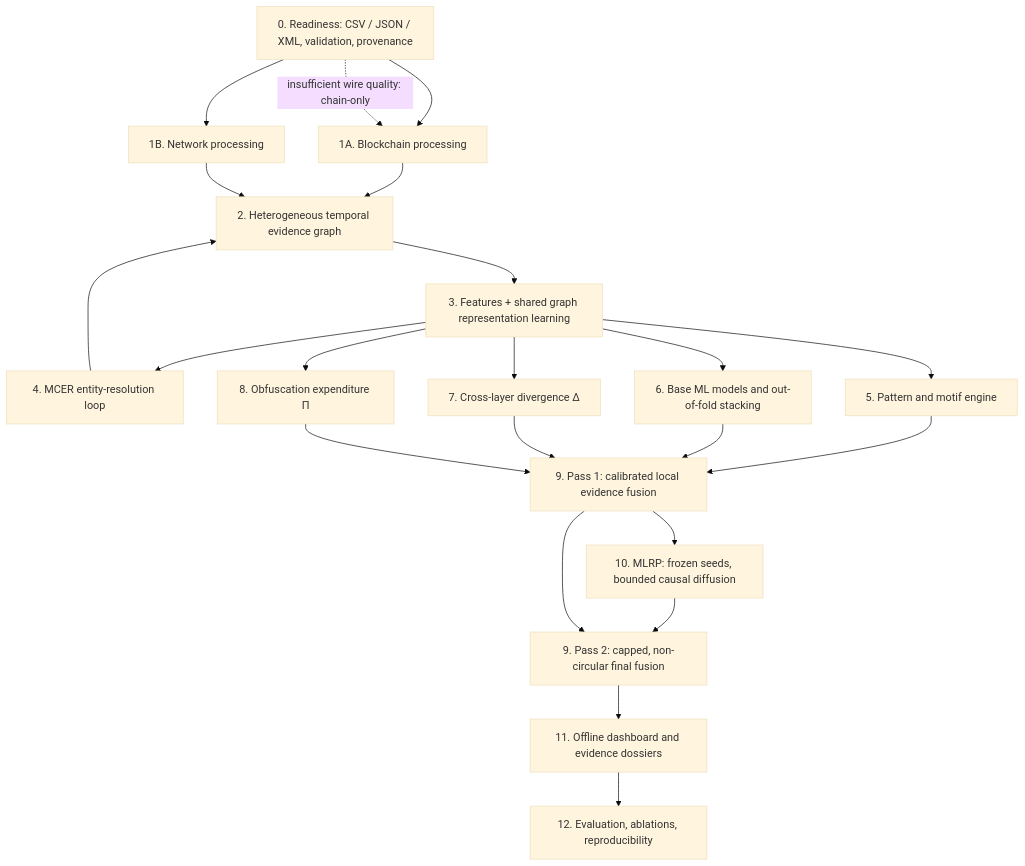
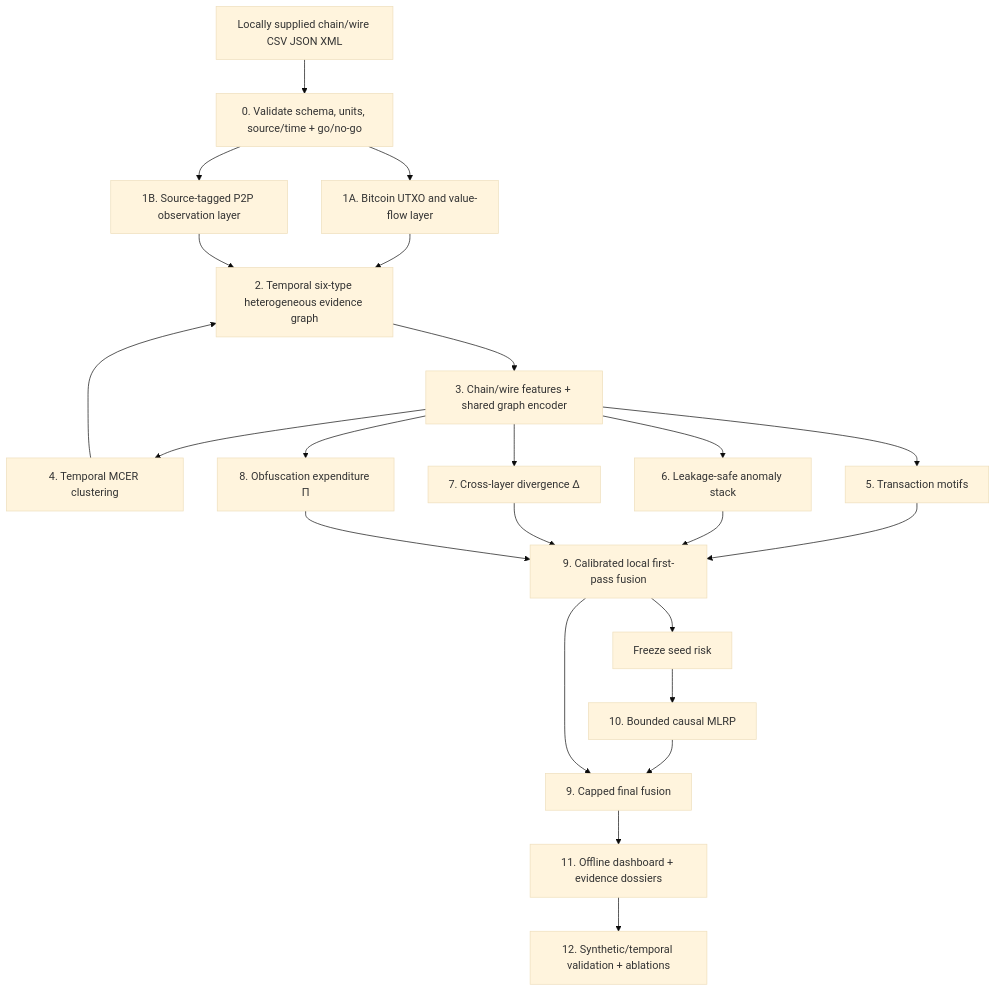
Before and after one commit to nsathvik2007-ui/CLARION: the first of 2 diagrams in README.md, drawn with Mermaid (base theme). The commit also changed other lines of this file and 280 other files, not shown here.

First line of the commit message:
docs: finalize CLARION v4 production architecture and folder blueprint

```diff
--- a/README.md
+++ b/README.md
@@ -58,24 +28,25 @@
 ~~~mermaid
 flowchart TD
-    A["0. Readiness: CSV / JSON / XML, validation, provenance"] --> B["1A. Blockchain processing"]
-    A --> C["1B. Network processing"]
-    B --> G["2. Heterogeneous temporal evidence graph"]
-    C --> G
-    G --> F["3. Features + shared graph representation learning"]
-    F --> E["4. MCER entity-resolution loop"]
-    E --> G
-    F --> M["5. Pattern and motif engine"]
-    F --> S["6. Base ML models and out-of-fold stacking"]
-    F --> D["7. Cross-layer divergence Δ"]
-    F --> P["8. Obfuscation expenditure Π"]
-    M --> U["9. Pass 1: calibrated local evidence fusion"]
-    S --> U
-    D --> U
-    P --> U
-    U --> R["10. MLRP: frozen seeds, bounded causal diffusion"]
-    R --> V["9. Pass 2: capped, non-circular final fusion"]
-    U --> V
-    V --> I["11. Offline dashboard and evidence dossiers"]
-    I --> T["12. Evaluation, ablations, reproducibility"]
-    A -. "insufficient wire quality: chain-only" .-> B
+  A["Locally supplied chain/wire CSV JSON XML"] --> B["0. Validate schema, units, source/time + go/no-go"]
+  B --> C["1A. Bitcoin UTXO and value-flow layer"]
+  B --> D["1B. Source-tagged P2P observation layer"]
+  C --> E["2. Temporal six-type heterogeneous evidence graph"]
+  D --> E
+  E --> F["3. Chain/wire features + shared graph encoder"]
+  F --> G["4. Temporal MCER clustering"]
+  G --> E
+  F --> H["5. Transaction motifs"]
+  F --> I["6. Leakage-safe anomaly stack"]
+  F --> J["7. Cross-layer divergence Δ"]
+  F --> K["8. Obfuscation expenditure Π"]
+  H --> L["9. Calibrated local first-pass fusion"]
+  I --> L
+  J --> L
+  K --> L
+  L --> M["Freeze seed risk"]
+  M --> N["10. Bounded causal MLRP"]
+  N --> O["9. Capped final fusion"]
+  L --> O
+  O --> P["11. Offline dashboard + evidence dossiers"]
+  P --> Q["12. Synthetic/temporal validation + ablations"]
 ~~~
```
